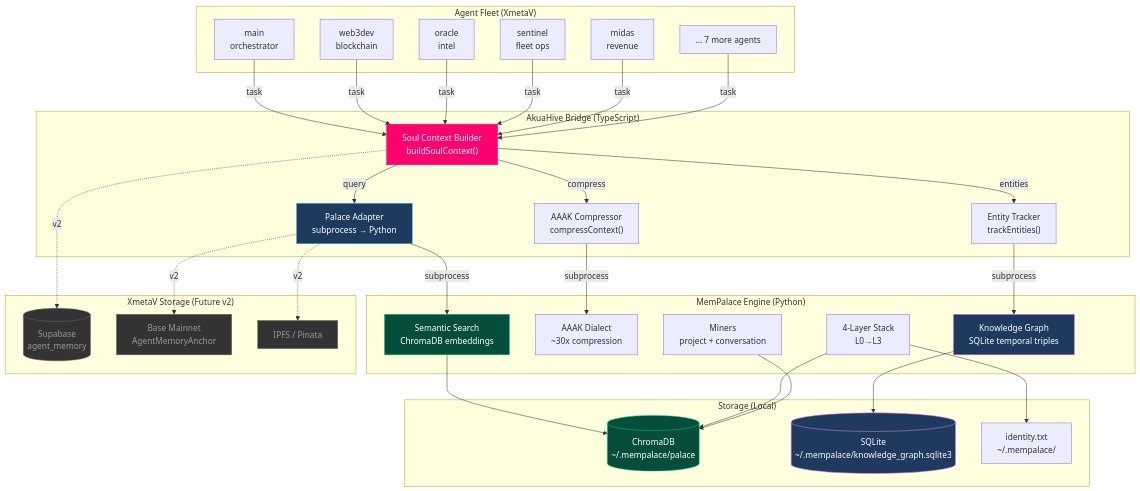
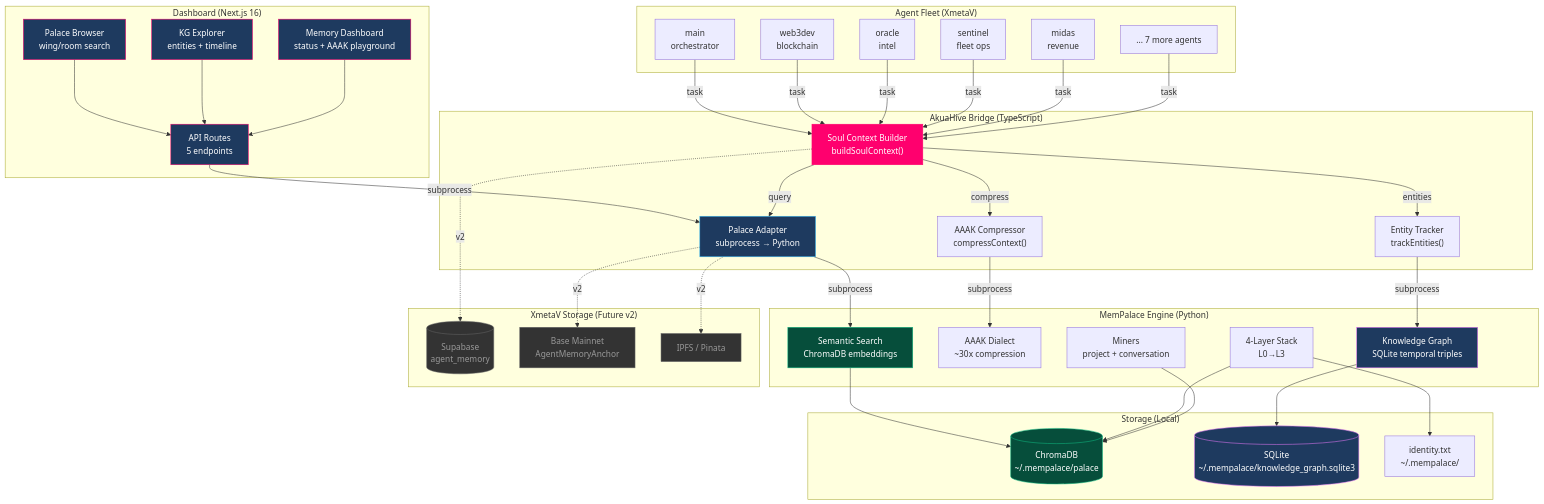
One commit to Metavibez4L/AkuaHive changed the first of 9 diagrams in docs/architecture/README.md. Above: the diagram before and after it, drawn with Mermaid. The commit also changed other lines of this file and 3 other files, not shown here.

First line of the commit message:
docs: update README, STATUS, and architecture for v1.1 dashboard release

````diff
--- a/docs/architecture/README.md
+++ b/docs/architecture/README.md
@@ -11,67 +11,81 @@
 ```mermaid
 graph TB
+    subgraph "Dashboard (Next.js 16)"
+        PALACE_UI["Palace Browser<br/>wing/room search"]
+        KG_UI["KG Explorer<br/>entities + timeline"]
+        MEM_UI["Memory Dashboard<br/>status + AAAK playground"]
+        API["API Routes<br/>5 endpoints"]
+    end
+
     subgraph "Agent Fleet (XmetaV)"
         MAIN["main<br/>orchestrator"]
         WEB3["web3dev<br/>blockchain"]
         ORACLE["oracle<br/>intel"]
         SENTINEL["sentinel<br/>fleet ops"]
         MIDAS["midas<br/>revenue"]
         OTHER["... 7 more agents"]
     end
 
     subgraph "AkuaHive Bridge (TypeScript)"
         SOUL["Soul Context Builder<br/>buildSoulContext()"]
         ADAPTER["Palace Adapter<br/>subprocess → Python"]
         COMPRESS["AAAK Compressor<br/>compressContext()"]
         TRACKER["Entity Tracker<br/>trackEntities()"]
     end
 
     subgraph "MemPalace Engine (Python)"
         SEARCH["Semantic Search<br/>ChromaDB embeddings"]
         DIALECT["AAAK Dialect<br/>~30x compression"]
         KG["Knowledge Graph<br/>SQLite temporal triples"]
         LAYERS["4-Layer Stack<br/>L0→L3"]
         MINER["Miners<br/>project + conversation"]
     end
 
     subgraph "Storage (Local)"
         CHROMADB[("ChromaDB<br/>~/.mempalace/palace")]
         SQLITE[("SQLite<br/>~/.mempalace/knowledge_graph.sqlite3")]
         IDENTITY["identity.txt<br/>~/.mempalace/"]
     end
 
     subgraph "XmetaV Storage (Future v2)"
         SUPA[("Supabase<br/>agent_memory")]
         CHAIN["Base Mainnet<br/>AgentMemoryAnchor"]
         IPFS["IPFS / Pinata"]
     end
 
+    PALACE_UI & KG_UI & MEM_UI --> API
+    API -->|subprocess| ADAPTER
+
     MAIN & WEB3 & ORACLE & SENTINEL & MIDAS & OTHER -->|task| SOUL
     SOUL -->|query| ADAPTER
     SOUL -->|compress| COMPRESS
     SOUL -->|entities| TRACKER
 
     ADAPTER -->|subprocess| SEARCH
     COMPRESS -->|subprocess| DIALECT
     TRACKER -->|subprocess| KG
 
     SEARCH --> CHROMADB
     KG --> SQLITE
     LAYERS --> CHROMADB
     LAYERS --> IDENTITY
     MINER --> CHROMADB
 
     SOUL -.->|v2| SUPA
     ADAPTER -.->|v2| CHAIN
     ADAPTER -.->|v2| IPFS
 
     style SOUL fill:#ff006e,stroke:#ff006e,color:#fff
     style ADAPTER fill:#1e3a5f,stroke:#38bdf8,color:#fff
     style SEARCH fill:#064e3b,stroke:#10b981,color:#fff
     style CHROMADB fill:#064e3b,stroke:#10b981,color:#fff
     style KG fill:#1e3a5f,stroke:#e879f9,color:#fff
     style SQLITE fill:#1e3a5f,stroke:#e879f9,color:#fff
     style SUPA fill:#333,stroke:#666,color:#999
     style CHAIN fill:#333,stroke:#666,color:#999
     style IPFS fill:#333,stroke:#666,color:#999
+    style PALACE_UI fill:#1e3a5f,stroke:#ff006e,color:#fff
+    style KG_UI fill:#1e3a5f,stroke:#ff006e,color:#fff
+    style MEM_UI fill:#1e3a5f,stroke:#ff006e,color:#fff
+    style API fill:#1e3a5f,stroke:#ff006e,color:#fff
 ```
````
